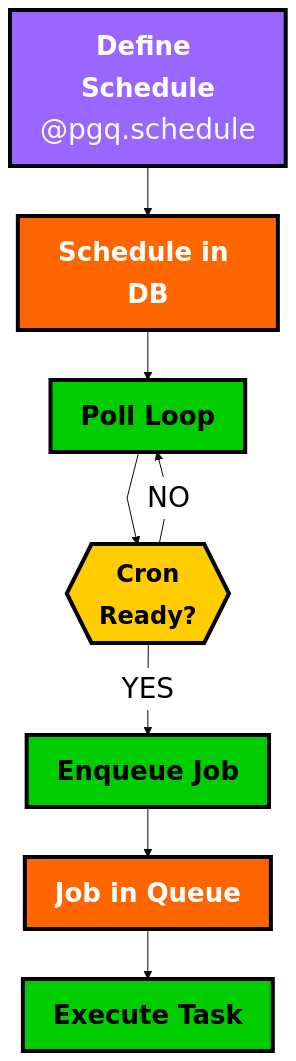
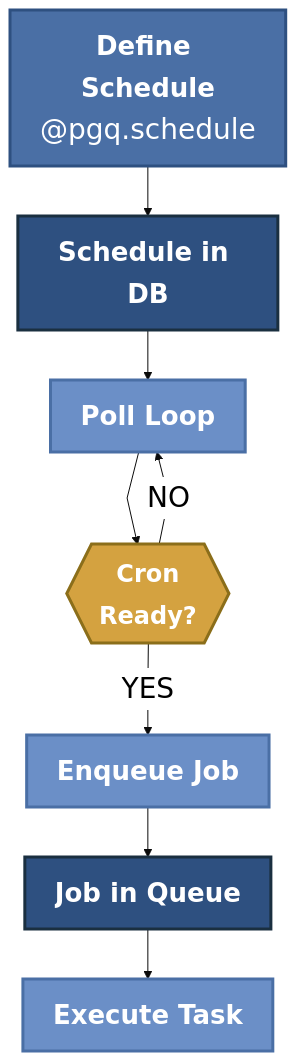
Before and after one commit to janbjorge/pgqueuer: the diagram in docs/guides/scheduling.md, drawn with Mermaid. The commit also changed 2 other files, not shown here.

Commit message:
docs: fix diagram colors to match PgQueuer brand palette
Replaced jarring neon colors with cohesive, professional color scheme:
- Light slate blue (#6B8FC7) for queued/waiting states
- Brand blue (#4A6FA5) for picked/processing states
- Muted teal (#2D9D78) for successful states
- Muted burgundy (#C1666B) for exception/error states
- Muted amber (#D4A240) for canceled/decision states
- Dark blue (#2E5080) for database/terminal states

All colors now complement the PgQueuer brand identity and page design.
Text remains bold 24-28px for legibility.

````diff
--- a/docs/guides/scheduling.md
+++ b/docs/guides/scheduling.md
@@ -25,29 +25,29 @@
 ```mermaid
-%%{init: {'flowchart': {'htmlLabels': true, 'curve': 'linear'}, 'theme': 'base', 'themeVariables': {'primaryColor':'#fff', 'primaryTextColor':'#000', 'primaryBorderColor':'#000', 'fontSize': '28px', 'fontFamily': 'Arial, sans-serif'}}}%%
+%%{init: {'flowchart': {'htmlLabels': true, 'curve': 'linear'}, 'theme': 'base', 'themeVariables': {'primaryColor':'#fff', 'primaryTextColor':'#000', 'primaryBorderColor':'#000', 'fontSize': '28px', 'fontFamily': 'Inter, sans-serif'}}}%%
 flowchart TD
     A["<b style='font-size:26px'>Define Schedule</b><br/>@pgq.schedule"]
     B["<b style='font-size:26px'>Schedule in DB</b>"]
     C["<b style='font-size:26px'>Poll Loop</b>"]
     D{{"<b style='font-size:24px'>Cron<br/>Ready?</b>"}}
     E["<b style='font-size:26px'>Enqueue Job</b>"]
     F["<b style='font-size:26px'>Job in Queue</b>"]
     G["<b style='font-size:26px'>Execute Task</b>"]
 
     A --> B
     B --> C
     C --> D
     D -->|"YES"| E
     E --> F
     F --> G
     D -->|"NO"| C
 
-    classDef code fill:#9966ff,stroke:#000,stroke-width:4px,color:#fff
-    classDef database fill:#ff6600,stroke:#000,stroke-width:4px,color:#fff
-    classDef process fill:#00cc00,stroke:#000,stroke-width:4px,color:#000
-    classDef decision fill:#ffcc00,stroke:#000,stroke-width:4px,color:#000
+    classDef code fill:#4A6FA5,stroke:#2E5080,stroke-width:3px,color:#fff
+    classDef database fill:#2E5080,stroke:#1a2f40,stroke-width:3px,color:#fff
+    classDef process fill:#6B8FC7,stroke:#4A6FA5,stroke-width:3px,color:#fff
+    classDef decision fill:#D4A240,stroke:#8b6e1a,stroke-width:3px,color:#fff
 
     class A code
     class B,F database
     class C,E,G process
     class D decision
 ```
````
